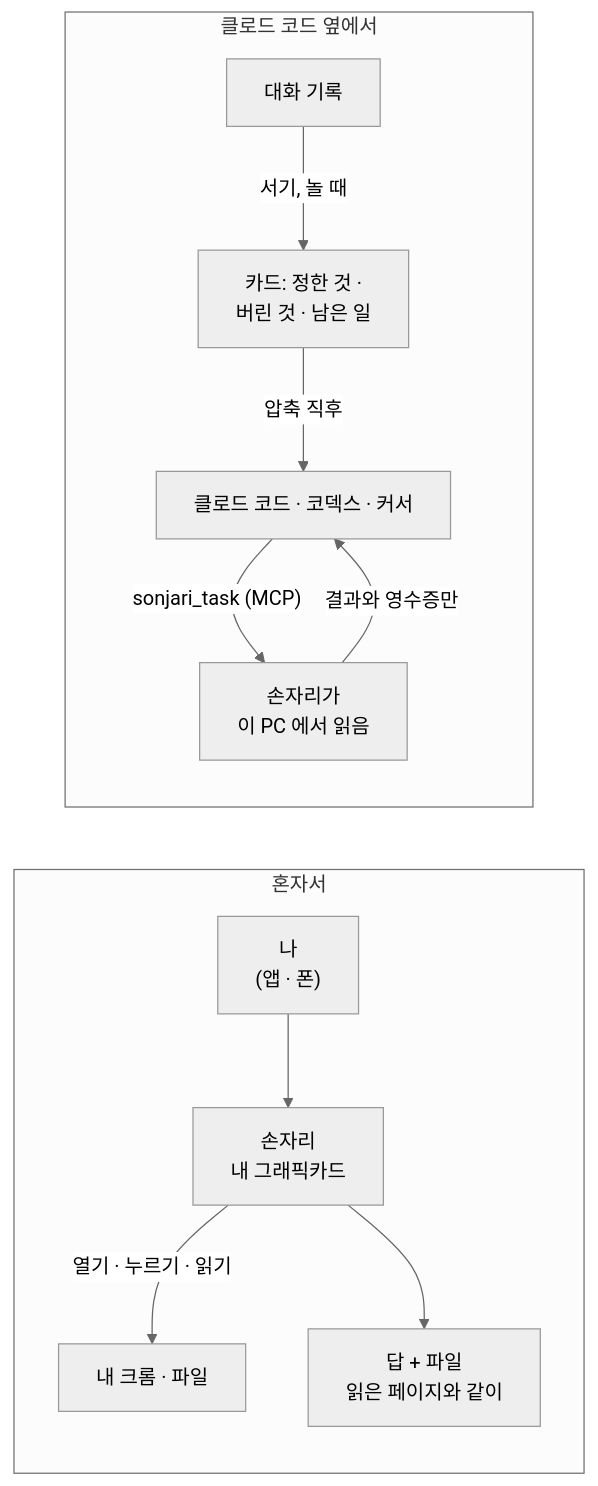
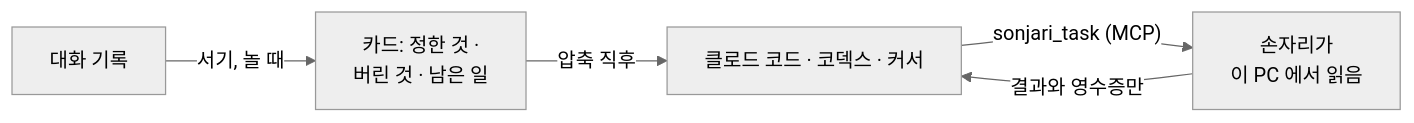
One commit to sonjari/sonjari changed the second of 2 diagrams in README.ko.md. Above: the diagram before and after it, drawn with Mermaid (neutral theme). The commit also changed other lines of this file and 1 other file, not shown here.

Commit message:
README: one small diagram per side instead of one big diagram on top

````diff
--- a/README.ko.md
+++ b/README.ko.md
@@ -30,14 +53,7 @@
 ```mermaid
 flowchart LR
-    subgraph ON_ITS_OWN["혼자서"]
-        Y["나<br/>(앱 · 폰)"] --> S1["손자리<br/>내 그래픽카드"]
-        S1 -->|"열기 · 누르기 · 읽기"| C["내 크롬 · 파일"]
-        S1 --> R["답 + 파일<br/>읽은 페이지와 같이"]
-    end
-    subgraph NEXT_TO["클로드 코드 옆에서"]
-        CC["클로드 코드 · 코덱스 · 커서"] -->|"sonjari_task (MCP)"| S2["손자리가<br/>이 PC 에서 읽음"]
-        S2 -->|"결과와 영수증만"| CC
-        L["대화 기록"] -->|"서기, 놀 때"| K["카드: 정한 것 ·<br/>버린 것 · 남은 일"]
-        K -->|"압축 직후"| CC
-    end
+    CC["클로드 코드 · 코덱스 · 커서"] -->|"sonjari_task (MCP)"| S["손자리가<br/>이 PC 에서 읽음"]
+    S -->|"결과와 영수증만"| CC
+    L["대화 기록"] -->|"서기, 놀 때"| K["카드: 정한 것 ·<br/>버린 것 · 남은 일"]
+    K -->|"압축 직후"| CC
 ```
````
